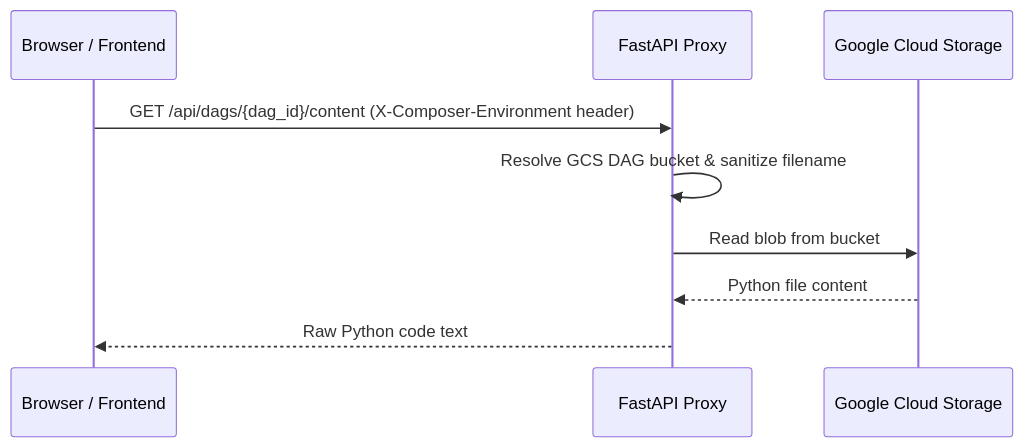
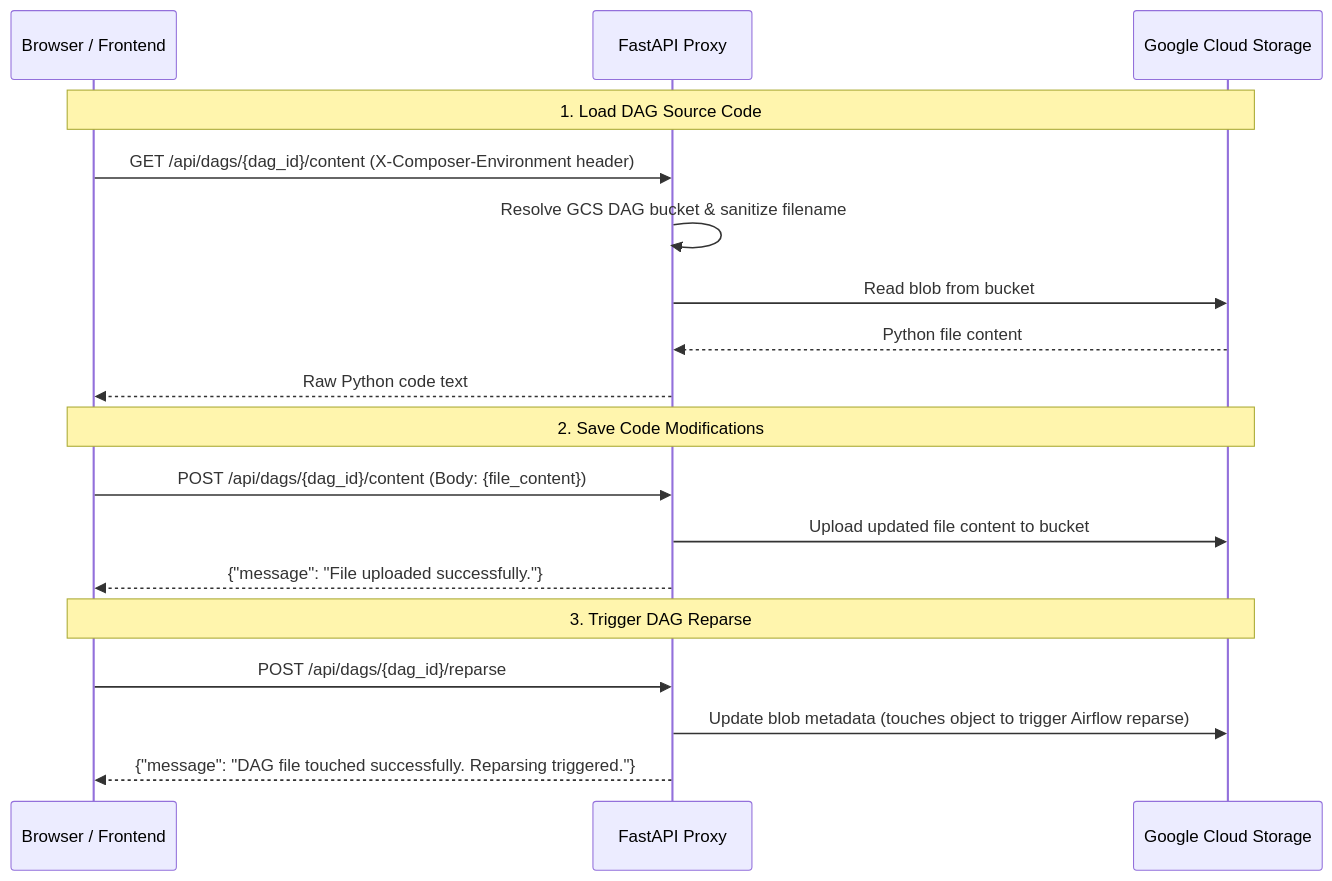
The second of 2 diagrams in control_panel/README.md (GoogleCloudPlatform/composer-utilities), drawn with Mermaid before and after one commit. The commit also changed other lines of this file and 17 other files, not shown here.

````diff
--- a/control_panel/README.md
+++ b/control_panel/README.md
@@ -105,12 +114,23 @@
 ```mermaid
 sequenceDiagram
     participant User as Browser / Frontend
     participant Proxy as FastAPI Proxy
     participant GCS as Google Cloud Storage
 
+    Note over User,GCS: 1. Load DAG Source Code
     User->>Proxy: GET /api/dags/{dag_id}/content (X-Composer-Environment header)
     Proxy->>Proxy: Resolve GCS DAG bucket & sanitize filename
     Proxy->>GCS: Read blob from bucket
     GCS-->>Proxy: Python file content
     Proxy-->>User: Raw Python code text
+
+    Note over User,GCS: 2. Save Code Modifications
+    User->>Proxy: POST /api/dags/{dag_id}/content (Body: {file_content})
+    Proxy->>GCS: Upload updated file content to bucket
+    Proxy-->>User: {"message": "File uploaded successfully."}
+
+    Note over User,GCS: 3. Trigger DAG Reparse
+    User->>Proxy: POST /api/dags/{dag_id}/reparse
+    Proxy->>GCS: Update blob metadata (touches object to trigger Airflow reparse)
+    Proxy-->>User: {"message": "DAG file touched successfully. Reparsing triggered."}
 ```
````
